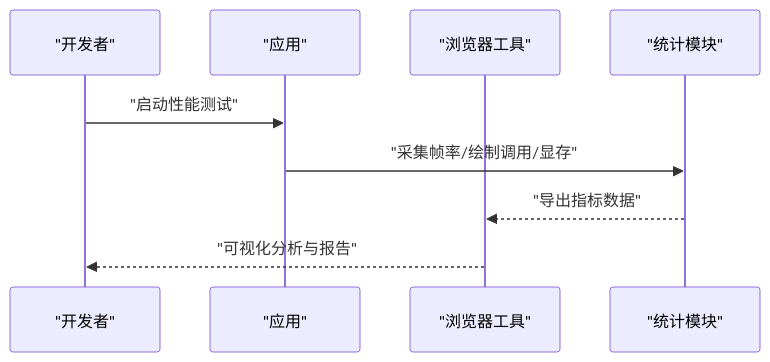
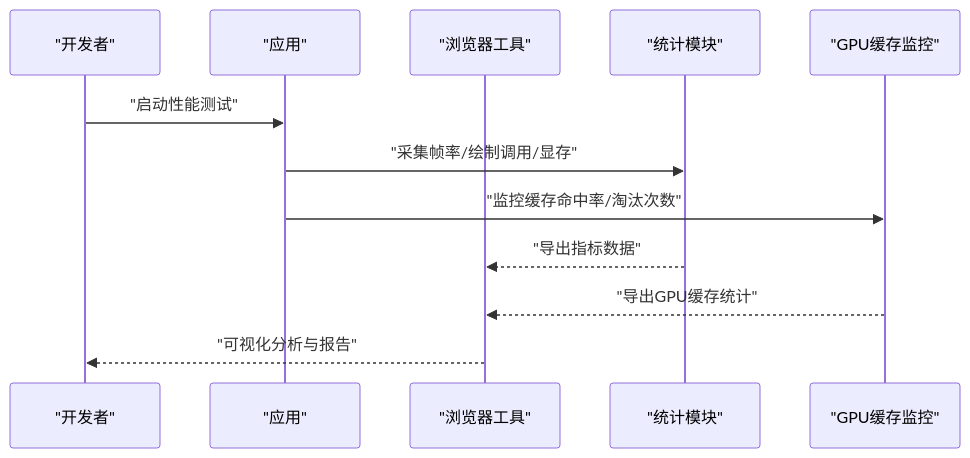
The tenth of 13 diagrams in .qoder/repowiki/zh/content/性能优化/性能优化.md (rzhangjing/cesium), drawn with Mermaid before and after one commit. The commit also changed other lines of this file and 24 other files, not shown here.

````diff
--- a/.qoder/repowiki/zh/content/性能优化/性能优化.md
+++ b/.qoder/repowiki/zh/content/性能优化/性能优化.md
@@ -283,11 +383,14 @@
 ```mermaid
 sequenceDiagram
 participant Dev as "开发者"
 participant App as "应用"
 participant Browser as "浏览器工具"
 participant Metrics as "统计模块"
+participant GPUCache as "GPU缓存监控"
 Dev->>App : "启动性能测试"
 App->>Metrics : "采集帧率/绘制调用/显存"
+App->>GPUCache : "监控缓存命中率/淘汰次数"
 Metrics-->>Browser : "导出指标数据"
+GPUCache-->>Browser : "导出GPU缓存统计"
 Browser-->>Dev : "可视化分析与报告"
 ```
````
